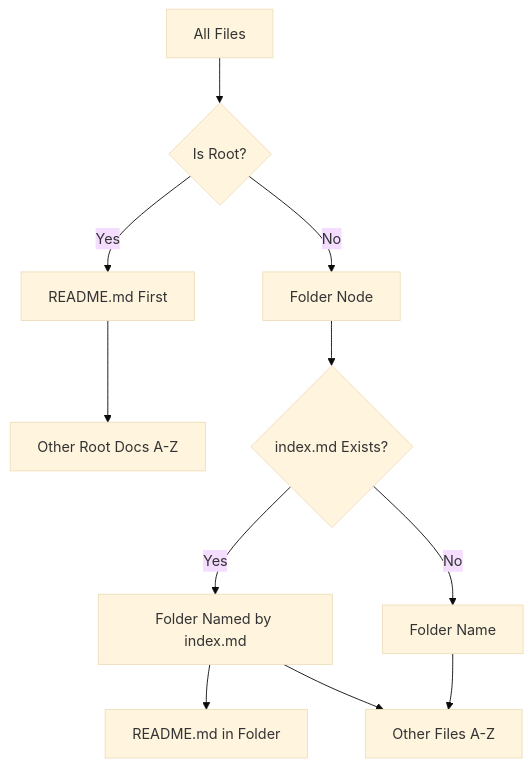
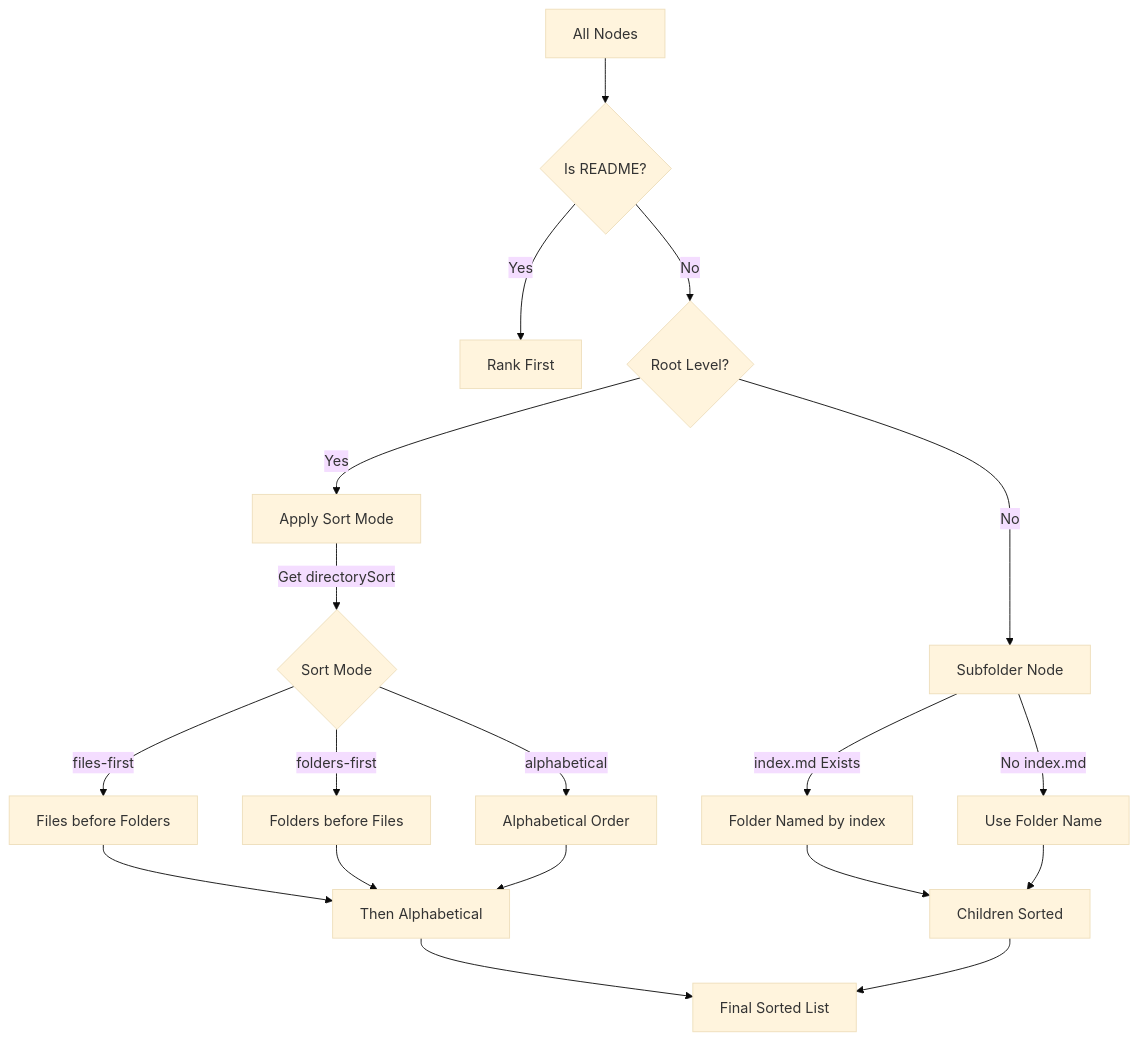
Before and after one commit to AlexJSully/workspace-wiki: the diagram in docs/architecture/tree-data-provider.md, drawn with Mermaid (base theme). The commit also changed other lines of this file and 8 other files, not shown here.

````diff
--- a/docs/architecture/tree-data-provider.md
+++ b/docs/architecture/tree-data-provider.md
@@ -96,13 +96,21 @@
 ```mermaid
 flowchart TD
-    A[All Files] --> B{Is Root?}
-    B -->|Yes| C[README.md First]
-    B -->|No| D[Folder Node]
-    C --> E[Other Root Docs A-Z]
-    D --> F{index.md Exists?}
-    F -->|Yes| G[Folder Named by index.md]
-    F -->|No| H[Folder Name]
-    G --> I[README.md in Folder]
-    G --> J[Other Files A-Z]
-    H --> J
+	A[All Nodes] --> B{Is README?}
+	B -->|Yes| C[Rank First]
+	B -->|No| D{Root Level?}
+	D -->|Yes| E[Apply Sort Mode]
+	D -->|No| F[Subfolder Node]
+	E -->|Get directorySort| G{Sort Mode}
+	G -->|files-first| H[Files before Folders]
+	G -->|folders-first| I[Folders before Files]
+	G -->|alphabetical| J[Alphabetical Order]
+	H --> K[Then Alphabetical]
+	I --> K
+	J --> K
+	K --> L[Final Sorted List]
+	F -->|index.md Exists| M[Folder Named by index]
+	F -->|No index.md| N[Use Folder Name]
+	M --> O[Children Sorted]
+	N --> O
+	O --> L
 ```
````
